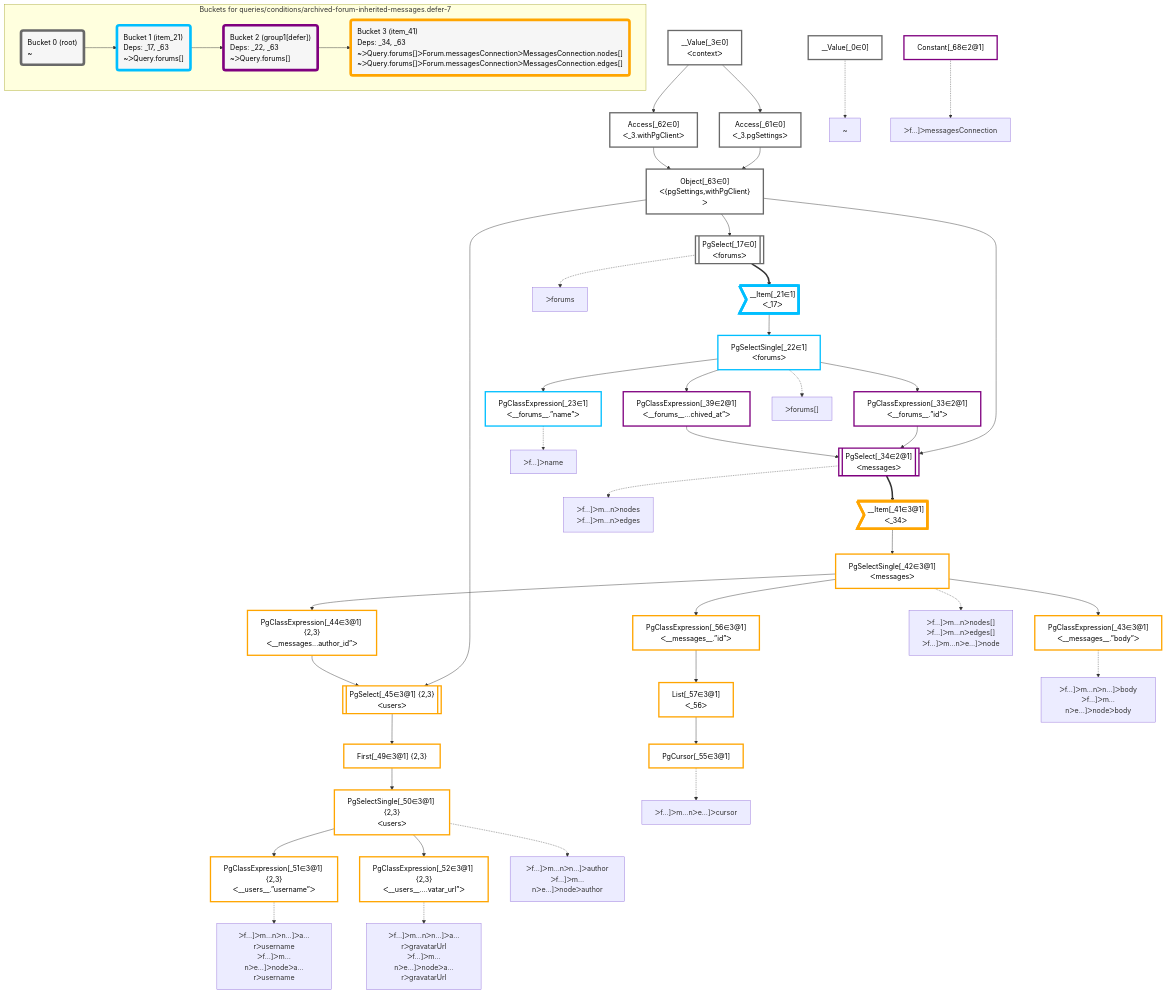
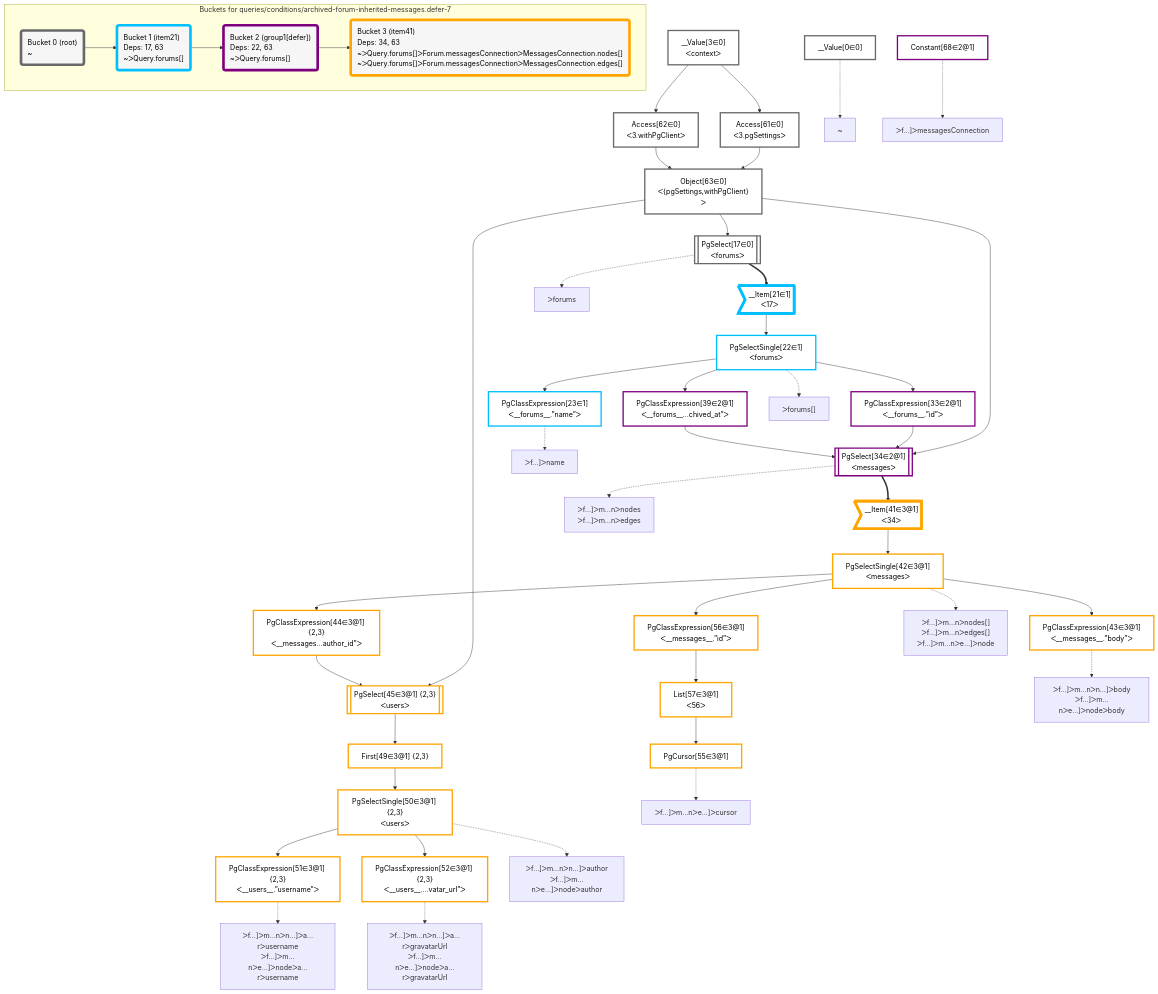
One commit to graphile/crystal changed the diagram in packages/dataplan-pg/__tests__/queries/conditions/archived-forum-inherited-messages.defer-7.deopt.mermaid.md. Above: the diagram before and after it, drawn with Mermaid. The commit also changed 195 other files, not shown here.

```diff
--- a/packages/dataplan-pg/__tests__/queries/conditions/archived-forum-inherited-messages.defer-7.deopt.mermaid.md
+++ b/packages/dataplan-pg/__tests__/queries/conditions/archived-forum-inherited-messages.defer-7.deopt.mermaid.md
@@ -8,95 +8,95 @@
 
 
     %% define plans
-    __Value_0["__Value[_0∈0]"]:::plan
-    PgClassExpression_23["PgClassExpression[_23∈1]<br />ᐸ__forums__.”name”ᐳ"]:::plan
-    PgClassExpression_43["PgClassExpression[_43∈3@1]<br />ᐸ__messages__.”body”ᐳ"]:::plan
-    PgClassExpression_51["PgClassExpression[_51∈3@1] {2,3}<br />ᐸ__users__.”username”ᐳ"]:::plan
-    PgClassExpression_52["PgClassExpression[_52∈3@1] {2,3}<br />ᐸ__users__....vatar_url”ᐳ"]:::plan
-    PgSelectSingle_50["PgSelectSingle[_50∈3@1] {2,3}<br />ᐸusersᐳ"]:::plan
-    First_49["First[_49∈3@1] {2,3}"]:::plan
-    PgSelect_45[["PgSelect[_45∈3@1] {2,3}<br />ᐸusersᐳ"]]:::plan
-    PgClassExpression_44["PgClassExpression[_44∈3@1] {2,3}<br />ᐸ__messages...author_id”ᐳ"]:::plan
-    PgCursor_55["PgCursor[_55∈3@1]"]:::plan
-    List_57["List[_57∈3@1]<br />ᐸ_56ᐳ"]:::plan
-    PgClassExpression_56["PgClassExpression[_56∈3@1]<br />ᐸ__messages__.”id”ᐳ"]:::plan
-    PgSelectSingle_42["PgSelectSingle[_42∈3@1]<br />ᐸmessagesᐳ"]:::plan
-    __Item_41>"__Item[_41∈3@1]<br />ᐸ_34ᐳ"]:::itemplan
-    PgSelect_34[["PgSelect[_34∈2@1]<br />ᐸmessagesᐳ"]]:::plan
-    PgClassExpression_33["PgClassExpression[_33∈2@1]<br />ᐸ__forums__.”id”ᐳ"]:::plan
-    PgClassExpression_39["PgClassExpression[_39∈2@1]<br />ᐸ__forums__...chived_at”ᐳ"]:::plan
-    PgSelectSingle_22["PgSelectSingle[_22∈1]<br />ᐸforumsᐳ"]:::plan
-    __Item_21>"__Item[_21∈1]<br />ᐸ_17ᐳ"]:::itemplan
-    PgSelect_17[["PgSelect[_17∈0]<br />ᐸforumsᐳ"]]:::plan
-    Object_63["Object[_63∈0]<br />ᐸ{pgSettings,withPgClient}ᐳ"]:::plan
-    Access_61["Access[_61∈0]<br />ᐸ_3.pgSettingsᐳ"]:::plan
-    Access_62["Access[_62∈0]<br />ᐸ_3.withPgClientᐳ"]:::plan
-    __Value_3["__Value[_3∈0]<br />ᐸcontextᐳ"]:::plan
-    Constant_68["Constant[_68∈2@1]"]:::plan
+    __Value0["__Value[0∈0]"]:::plan
+    PgClassExpression23["PgClassExpression[23∈1]<br />ᐸ__forums__.”name”ᐳ"]:::plan
+    PgClassExpression43["PgClassExpression[43∈3@1]<br />ᐸ__messages__.”body”ᐳ"]:::plan
+    PgClassExpression51["PgClassExpression[51∈3@1] {2,3}<br />ᐸ__users__.”username”ᐳ"]:::plan
+    PgClassExpression52["PgClassExpression[52∈3@1] {2,3}<br />ᐸ__users__....vatar_url”ᐳ"]:::plan
+    PgSelectSingle50["PgSelectSingle[50∈3@1] {2,3}<br />ᐸusersᐳ"]:::plan
+    First49["First[49∈3@1] {2,3}"]:::plan
+    PgSelect45[["PgSelect[45∈3@1] {2,3}<br />ᐸusersᐳ"]]:::plan
+    PgClassExpression44["PgClassExpression[44∈3@1] {2,3}<br />ᐸ__messages...author_id”ᐳ"]:::plan
+    PgCursor55["PgCursor[55∈3@1]"]:::plan
+    List57["List[57∈3@1]<br />ᐸ56ᐳ"]:::plan
+    PgClassExpression56["PgClassExpression[56∈3@1]<br />ᐸ__messages__.”id”ᐳ"]:::plan
+    PgSelectSingle42["PgSelectSingle[42∈3@1]<br />ᐸmessagesᐳ"]:::plan
+    __Item41>"__Item[41∈3@1]<br />ᐸ34ᐳ"]:::itemplan
+    PgSelect34[["PgSelect[34∈2@1]<br />ᐸmessagesᐳ"]]:::plan
+    PgClassExpression33["PgClassExpression[33∈2@1]<br />ᐸ__forums__.”id”ᐳ"]:::plan
+    PgClassExpression39["PgClassExpression[39∈2@1]<br />ᐸ__forums__...chived_at”ᐳ"]:::plan
+    PgSelectSingle22["PgSelectSingle[22∈1]<br />ᐸforumsᐳ"]:::plan
+    __Item21>"__Item[21∈1]<br />ᐸ17ᐳ"]:::itemplan
+    PgSelect17[["PgSelect[17∈0]<br />ᐸforumsᐳ"]]:::plan
+    Object63["Object[63∈0]<br />ᐸ{pgSettings,withPgClient}ᐳ"]:::plan
+    Access61["Access[61∈0]<br />ᐸ3.pgSettingsᐳ"]:::plan
+    Access62["Access[62∈0]<br />ᐸ3.withPgClientᐳ"]:::plan
+    __Value3["__Value[3∈0]<br />ᐸcontextᐳ"]:::plan
+    Constant68["Constant[68∈2@1]"]:::plan
 
     %% plan dependencies
-    PgSelectSingle_22 --> PgClassExpression_23
-    PgSelectSingle_42 --> PgClassExpression_43
-    PgSelectSingle_50 --> PgClassExpression_51
-    PgSelectSingle_50 --> PgClassExpression_52
-    First_49 --> PgSelectSingle_50
-    PgSelect_45 --> First_49
-    Object_63 & PgClassExpression_44 --> PgSelect_45
-    PgSelectSingle_42 --> PgClassExpression_44
-    List_57 --> PgCursor_55
-    PgClassExpression_56 --> List_57
-    PgSelectSingle_42 --> PgClassExpression_56
-    __Item_41 --> PgSelectSingle_42
-    PgSelect_34 ==> __Item_41
-    Object_63 & PgClassExpression_33 & PgClassExpression_39 --> PgSelect_34
-    PgSelectSingle_22 --> PgClassExpression_33
-    PgSelectSingle_22 --> PgClassExpression_39
-    __Item_21 --> PgSelectSingle_22
-    PgSelect_17 ==> __Item_21
-    Object_63 --> PgSelect_17
-    Access_61 & Access_62 --> Object_63
-    __Value_3 --> Access_61
-    __Value_3 --> Access_62
+    PgSelectSingle22 --> PgClassExpression23
+    PgSelectSingle42 --> PgClassExpression43
+    PgSelectSingle50 --> PgClassExpression51
+    PgSelectSingle50 --> PgClassExpression52
+    First49 --> PgSelectSingle50
+    PgSelect45 --> First49
+    Object63 & PgClassExpression44 --> PgSelect45
+    PgSelectSingle42 --> PgClassExpression44
+    List57 --> PgCursor55
+    PgClassExpression56 --> List57
+    PgSelectSingle42 --> PgClassExpression56
+    __Item41 --> PgSelectSingle42
+    PgSelect34 ==> __Item41
+    Object63 & PgClassExpression33 & PgClassExpression39 --> PgSelect34
+    PgSelectSingle22 --> PgClassExpression33
+    PgSelectSingle22 --> PgClassExpression39
+    __Item21 --> PgSelectSingle22
+    PgSelect17 ==> __Item21
+    Object63 --> PgSelect17
+    Access61 & Access62 --> Object63
+    __Value3 --> Access61
+    __Value3 --> Access62
 
     %% plan-to-path relationships
-    P_0["~"]
-    __Value_0 -.-> P_0
-    P_17["ᐳforums"]
-    PgSelect_17 -.-> P_17
-    P_22["ᐳforums[]"]
-    PgSelectSingle_22 -.-> P_22
-    P_23["ᐳf…]ᐳname"]
-    PgClassExpression_23 -.-> P_23
-    P_34["ᐳf…]ᐳm…nᐳnodes<br />ᐳf…]ᐳm…nᐳedges"]
-    PgSelect_34 -.-> P_34
-    P_42["ᐳf…]ᐳm…nᐳnodes[]<br />ᐳf…]ᐳm…nᐳedges[]<br />ᐳf…]ᐳm…nᐳe…]ᐳnode"]
-    PgSelectSingle_42 -.-> P_42
-    P_43["ᐳf…]ᐳm…nᐳn…]ᐳbody<br />ᐳf…]ᐳm…nᐳe…]ᐳnodeᐳbody"]
-    PgClassExpression_43 -.-> P_43
-    P_50["ᐳf…]ᐳm…nᐳn…]ᐳauthor<br />ᐳf…]ᐳm…nᐳe…]ᐳnodeᐳauthor"]
-    PgSelectSingle_50 -.-> P_50
-    P_51["ᐳf…]ᐳm…nᐳn…]ᐳa…rᐳusername<br />ᐳf…]ᐳm…nᐳe…]ᐳnodeᐳa…rᐳusername"]
-    PgClassExpression_51 -.-> P_51
-    P_52["ᐳf…]ᐳm…nᐳn…]ᐳa…rᐳgravatarUrl<br />ᐳf…]ᐳm…nᐳe…]ᐳnodeᐳa…rᐳgravatarUrl"]
-    PgClassExpression_52 -.-> P_52
-    P_55["ᐳf…]ᐳm…nᐳe…]ᐳcursor"]
-    PgCursor_55 -.-> P_55
-    P_68["ᐳf…]ᐳmessagesConnection"]
-    Constant_68 -.-> P_68
+    P0["~"]
+    __Value0 -.-> P0
+    P17["ᐳforums"]
+    PgSelect17 -.-> P17
+    P22["ᐳforums[]"]
+    PgSelectSingle22 -.-> P22
+    P23["ᐳf…]ᐳname"]
+    PgClassExpression23 -.-> P23
+    P34["ᐳf…]ᐳm…nᐳnodes<br />ᐳf…]ᐳm…nᐳedges"]
+    PgSelect34 -.-> P34
+    P42["ᐳf…]ᐳm…nᐳnodes[]<br />ᐳf…]ᐳm…nᐳedges[]<br />ᐳf…]ᐳm…nᐳe…]ᐳnode"]
+    PgSelectSingle42 -.-> P42
+    P43["ᐳf…]ᐳm…nᐳn…]ᐳbody<br />ᐳf…]ᐳm…nᐳe…]ᐳnodeᐳbody"]
+    PgClassExpression43 -.-> P43
+    P50["ᐳf…]ᐳm…nᐳn…]ᐳauthor<br />ᐳf…]ᐳm…nᐳe…]ᐳnodeᐳauthor"]
+    PgSelectSingle50 -.-> P50
+    P51["ᐳf…]ᐳm…nᐳn…]ᐳa…rᐳusername<br />ᐳf…]ᐳm…nᐳe…]ᐳnodeᐳa…rᐳusername"]
+    PgClassExpression51 -.-> P51
+    P52["ᐳf…]ᐳm…nᐳn…]ᐳa…rᐳgravatarUrl<br />ᐳf…]ᐳm…nᐳe…]ᐳnodeᐳa…rᐳgravatarUrl"]
+    PgClassExpression52 -.-> P52
+    P55["ᐳf…]ᐳm…nᐳe…]ᐳcursor"]
+    PgCursor55 -.-> P55
+    P68["ᐳf…]ᐳmessagesConnection"]
+    Constant68 -.-> P68
 
     subgraph "Buckets for queries/conditions/archived-forum-inherited-messages.defer-7"
     Bucket0("Bucket 0 (root)<br />~"):::bucket
     classDef bucket0 stroke:#696969
-    class Bucket0,__Value_0,__Value_3,PgSelect_17,Access_61,Access_62,Object_63 bucket0
-    Bucket1("Bucket 1 (item_21)<br />Deps: _17, _63<br />~ᐳQuery.forums[]"):::bucket
+    class Bucket0,__Value0,__Value3,PgSelect17,Access61,Access62,Object63 bucket0
+    Bucket1("Bucket 1 (item21)<br />Deps: 17, 63<br />~ᐳQuery.forums[]"):::bucket
     classDef bucket1 stroke:#00bfff
-    class Bucket1,__Item_21,PgSelectSingle_22,PgClassExpression_23 bucket1
-    Bucket2("Bucket 2 (group1[defer])<br />Deps: _22, _63<br />~ᐳQuery.forums[]"):::bucket
+    class Bucket1,__Item21,PgSelectSingle22,PgClassExpression23 bucket1
+    Bucket2("Bucket 2 (group1[defer])<br />Deps: 22, 63<br />~ᐳQuery.forums[]"):::bucket
     classDef bucket2 stroke:#7f007f
-    class Bucket2,PgClassExpression_33,PgSelect_34,PgClassExpression_39,Constant_68 bucket2
-    Bucket3("Bucket 3 (item_41)<br />Deps: _34, _63<br />~ᐳQuery.forums[]ᐳForum.messagesConnectionᐳMessagesConnection.nodes[]<br />~ᐳQuery.forums[]ᐳForum.messagesConnectionᐳMessagesConnection.edges[]"):::bucket
+    class Bucket2,PgClassExpression33,PgSelect34,PgClassExpression39,Constant68 bucket2
+    Bucket3("Bucket 3 (item41)<br />Deps: 34, 63<br />~ᐳQuery.forums[]ᐳForum.messagesConnectionᐳMessagesConnection.nodes[]<br />~ᐳQuery.forums[]ᐳForum.messagesConnectionᐳMessagesConnection.edges[]"):::bucket
     classDef bucket3 stroke:#ffa500
-    class Bucket3,__Item_41,PgSelectSingle_42,PgClassExpression_43,PgClassExpression_44,PgSelect_45,First_49,PgSelectSingle_50,PgClassExpression_51,PgClassExpression_52,PgCursor_55,PgClassExpression_56,List_57 bucket3
+    class Bucket3,__Item41,PgSelectSingle42,PgClassExpression43,PgClassExpression44,PgSelect45,First49,PgSelectSingle50,PgClassExpression51,PgClassExpression52,PgCursor55,PgClassExpression56,List57 bucket3
     Bucket0 --> Bucket1
     Bucket1 --> Bucket2
     Bucket2 --> Bucket3
```
